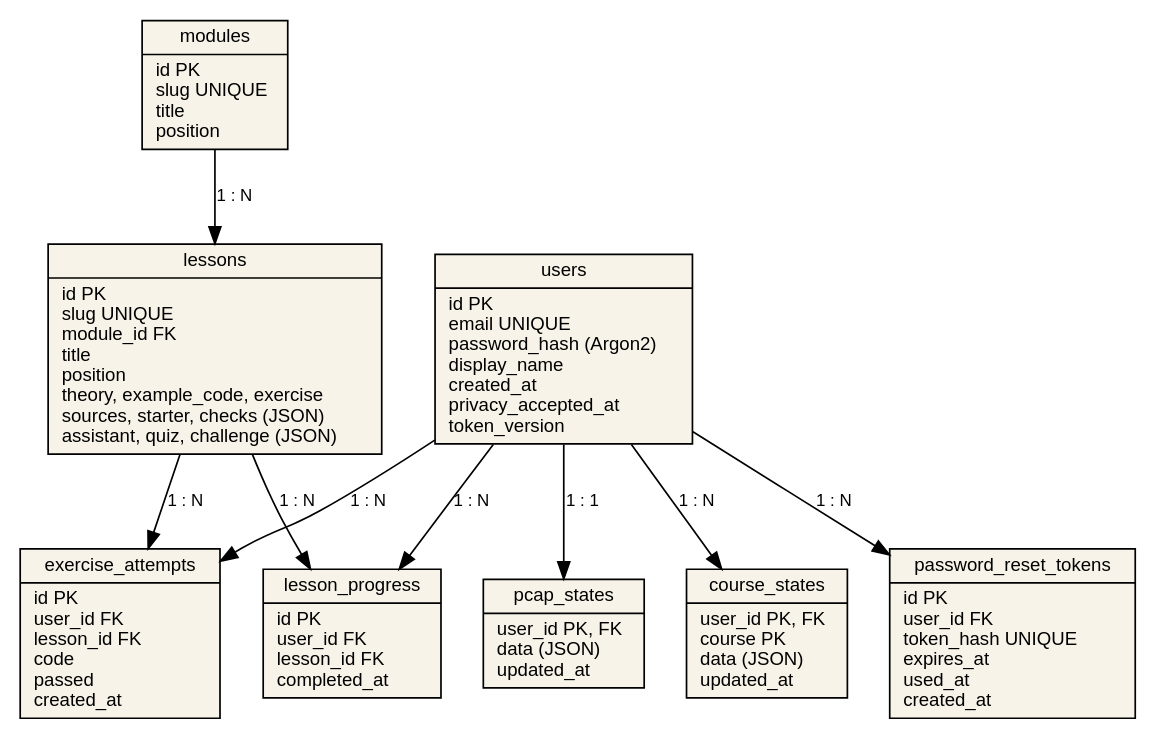
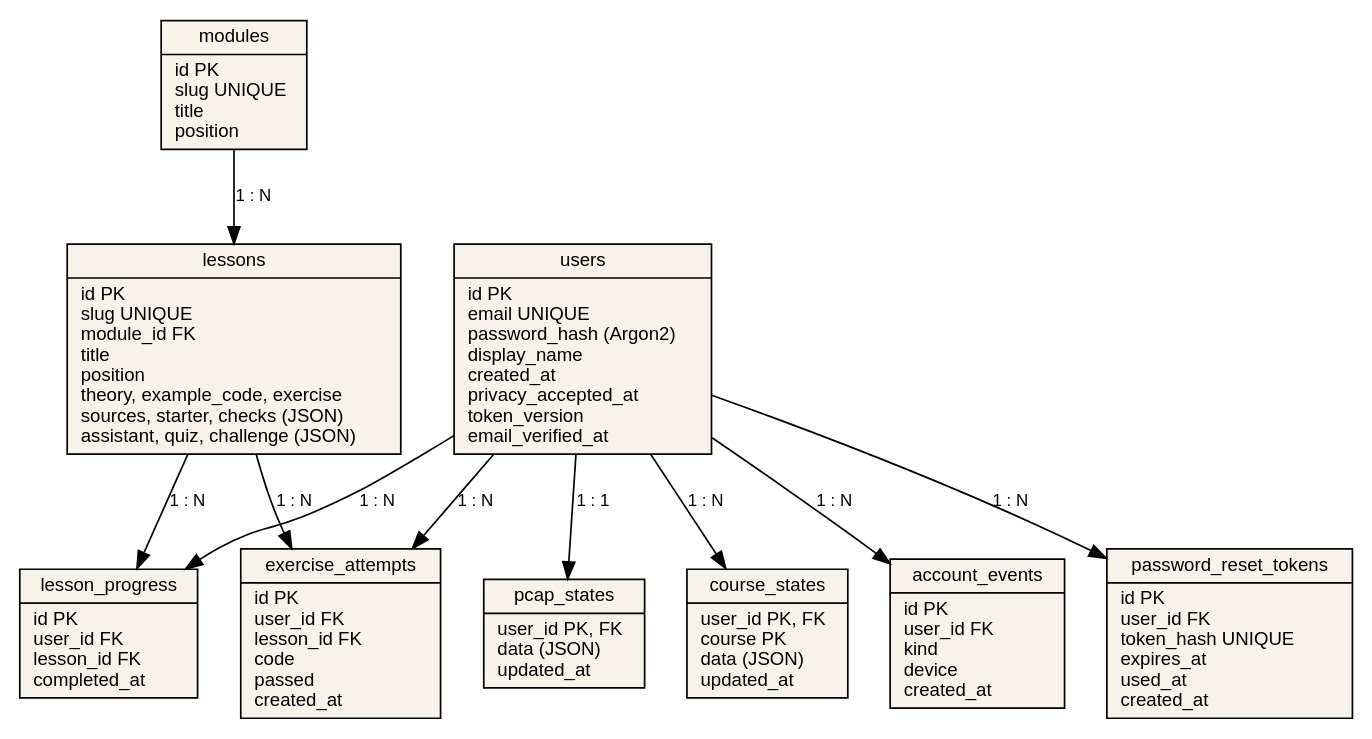
The diagram in docs/memoria/img/er.dot (Marbi8891/python-learning-dashboard), drawn with Graphviz before and after one commit. The commit also changed 10 other files, not shown here.

```diff
--- a/docs/memoria/img/er.dot
+++ b/docs/memoria/img/er.dot
@@ -1,15 +1,17 @@
 digraph ER { rankdir=TB; nodesep=0.35; ranksep=0.6; node [shape=record, fontname="Helvetica", fontsize=11, style=filled, fillcolor="#f7f3e8"]; edge [fontname="Helvetica", fontsize=10];
 modules [label="{modules|id PK\lslug UNIQUE\ltitle\lposition\l}"];
 lessons [label="{lessons|id PK\lslug UNIQUE\lmodule_id FK\ltitle\lposition\ltheory, example_code, exercise\lsources, starter, checks (JSON)\lassistant, quiz, challenge (JSON)\l}"];
-users [label="{users|id PK\lemail UNIQUE\lpassword_hash (Argon2)\ldisplay_name\lcreated_at\lprivacy_accepted_at\ltoken_version\l}"];
+users [label="{users|id PK\lemail UNIQUE\lpassword_hash (Argon2)\ldisplay_name\lcreated_at\lprivacy_accepted_at\ltoken_version\lemail_verified_at\l}"];
+account_events [label="{account_events|id PK\luser_id FK\lkind\ldevice\lcreated_at\l}"];
 lesson_progress [label="{lesson_progress|id PK\luser_id FK\llesson_id FK\lcompleted_at\l}"];
 exercise_attempts [label="{exercise_attempts|id PK\luser_id FK\llesson_id FK\lcode\lpassed\lcreated_at\l}"];
 password_reset_tokens [label="{password_reset_tokens|id PK\luser_id FK\ltoken_hash UNIQUE\lexpires_at\lused_at\lcreated_at\l}"];
 pcap_states [label="{pcap_states|user_id PK, FK\ldata (JSON)\lupdated_at\l}"];
 course_states [label="{course_states|user_id PK, FK\lcourse PK\ldata (JSON)\lupdated_at\l}"];
 modules -> lessons [label="1 : N"];
 users -> lesson_progress [label="1 : N"]; lessons -> lesson_progress [label="1 : N"];
 users -> exercise_attempts [label="1 : N"]; lessons -> exercise_attempts [label="1 : N"];
 users -> password_reset_tokens [label="1 : N"];
+users -> account_events [label="1 : N"];
 users -> pcap_states [label="1 : 1"]; users -> course_states [label="1 : N"];
 }
```
